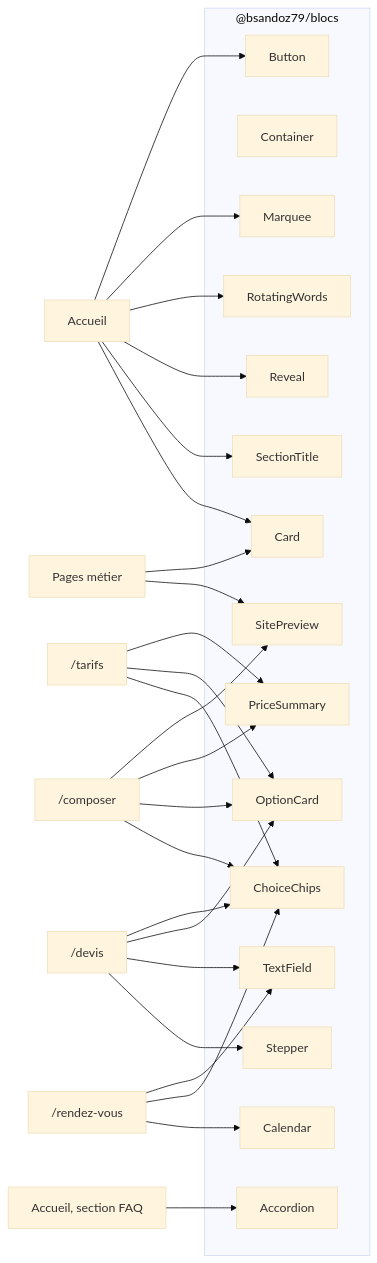
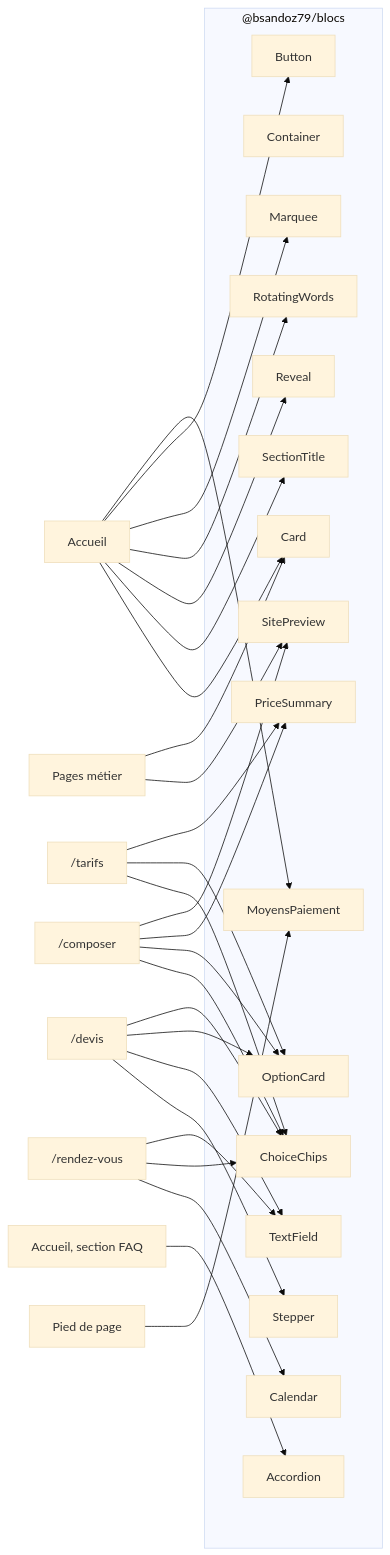
One commit to bsandoz79/bsandoz-site changed the second of 2 diagrams in docs/fonctionnalites/blocs.md. Above: the diagram before and after it, drawn with Mermaid (base theme). The commit also changed other lines of this file and 16 other files, not shown here.

Commit message:
feat: moyens de paiement acceptés (bloc MoyensPaiement) sous le prix et dans le pied de page

````diff
--- a/docs/fonctionnalites/blocs.md
+++ b/docs/fonctionnalites/blocs.md
@@ -36,14 +36,15 @@
 ```mermaid
 flowchart LR
   subgraph Blocs["@bsandoz79/blocs"]
     Button; Container; Card; SectionTitle; Reveal; RotatingWords; Marquee
-    ChoiceChips; OptionCard; PriceSummary; SitePreview; Stepper; TextField; Accordion; Calendar
+    ChoiceChips; OptionCard; PriceSummary; SitePreview; Stepper; TextField; Accordion; Calendar; MoyensPaiement
   end
-  Home["Accueil"] --> Card & SectionTitle & Reveal & RotatingWords & Marquee & Button
+  Home["Accueil"] --> Card & SectionTitle & Reveal & RotatingWords & Marquee & Button & MoyensPaiement
+  Pied["Pied de page"] --> MoyensPaiement
   Composer["/composer"] --> ChoiceChips & OptionCard & PriceSummary & SitePreview
   Tarifs["/tarifs"] --> ChoiceChips & OptionCard & PriceSummary
   Devis["/devis"] --> Stepper & TextField & OptionCard & ChoiceChips
   RDV["/rendez-vous"] --> Calendar & ChoiceChips & TextField
   Faq["Accueil, section FAQ"] --> Accordion
   Metier["Pages métier"] --> SitePreview & Card
 ```
````
